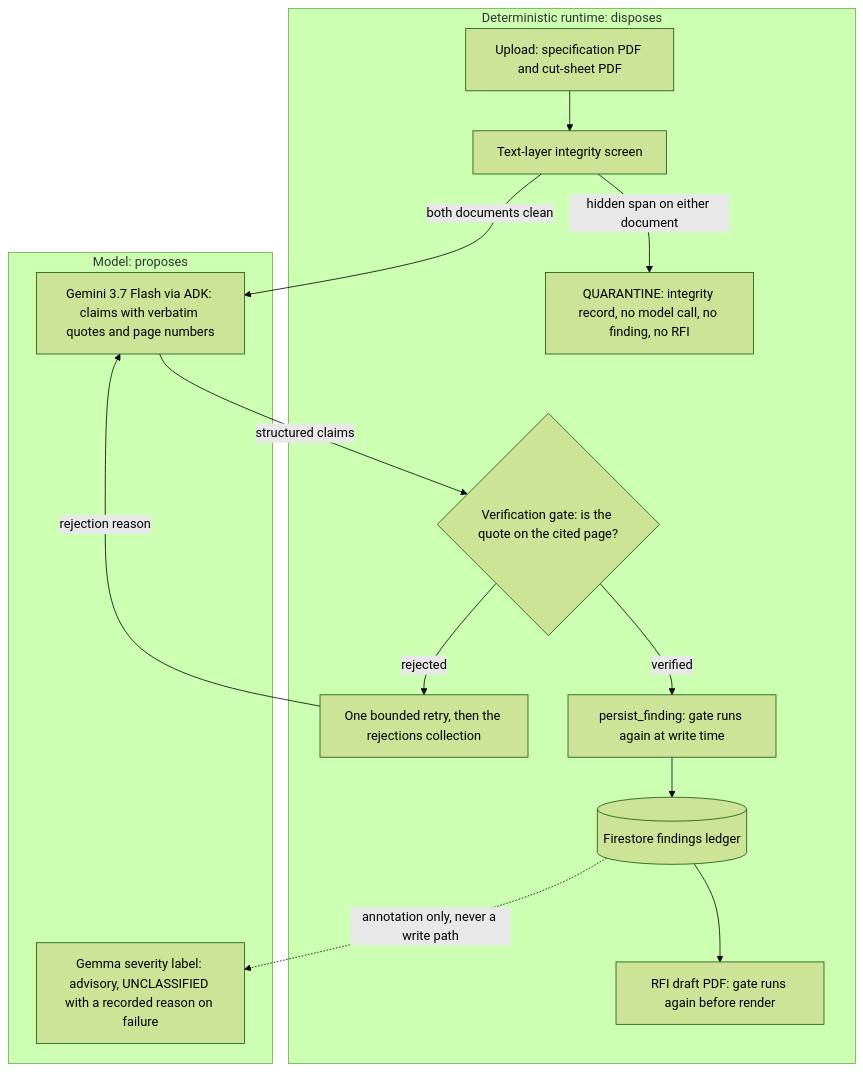
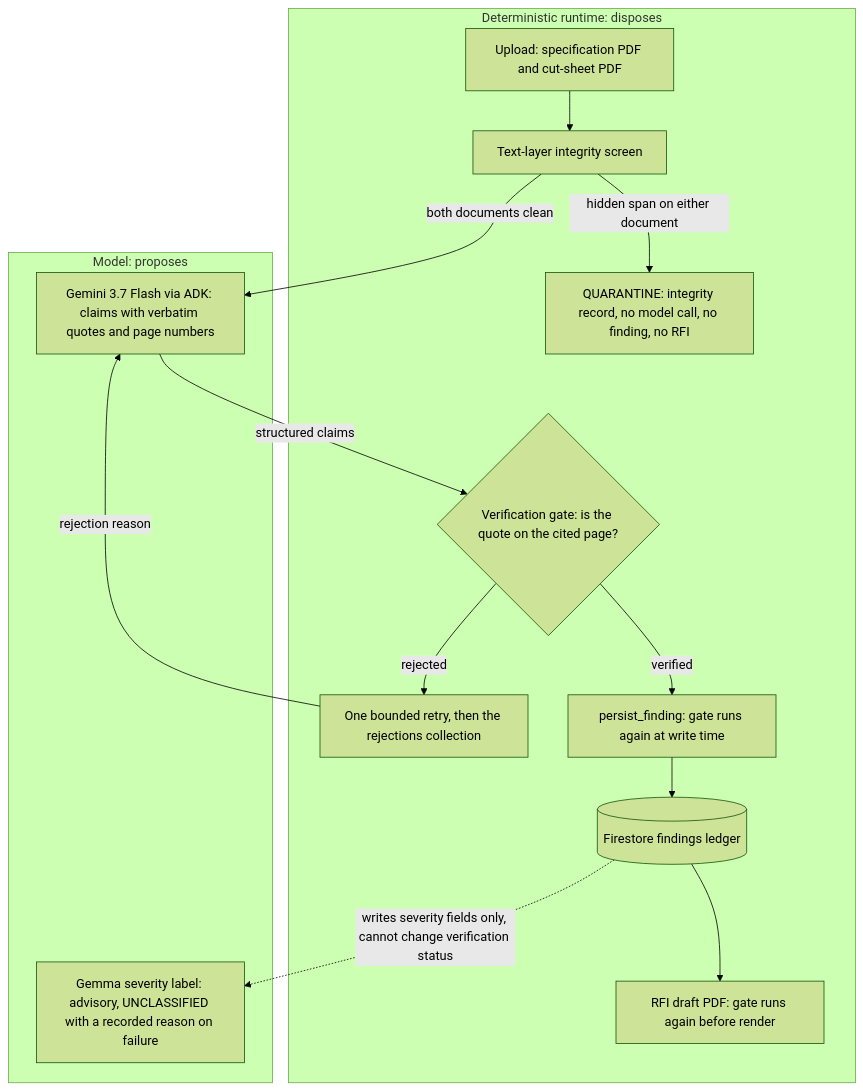
The diagram in README.md (mcs-eng/specguard), drawn with Mermaid (forest theme) before and after one commit. The commit also changed other lines of this file and 3 other files, not shown here.

````diff
--- a/README.md
+++ b/README.md
@@ -32,20 +39,20 @@
 ```mermaid
 flowchart TD
     subgraph runtime["Deterministic runtime: disposes"]
         U["Upload: specification PDF and cut-sheet PDF"] --> S["Text-layer integrity screen"]
         S -->|hidden span on either document| Q["QUARANTINE: integrity record, no model call, no finding, no RFI"]
         G{"Verification gate: is the quote on the cited page?"}
         G -->|rejected| R["One bounded retry, then the rejections collection"]
         G -->|verified| P["persist_finding: gate runs again at write time"]
         P --> L[("Firestore findings ledger")]
         L --> RFI["RFI draft PDF: gate runs again before render"]
     end
     subgraph model["Model: proposes"]
         A["Gemini 3.7 Flash via ADK: claims with verbatim quotes and page numbers"]
         SEV["Gemma severity label: advisory, UNCLASSIFIED with a recorded reason on failure"]
     end
     S -->|both documents clean| A
     A -->|structured claims| G
     R -->|rejection reason| A
-    L -.->|annotation only, never a write path| SEV
+    L -.->|writes severity fields only, cannot change verification status| SEV
 ```
````
